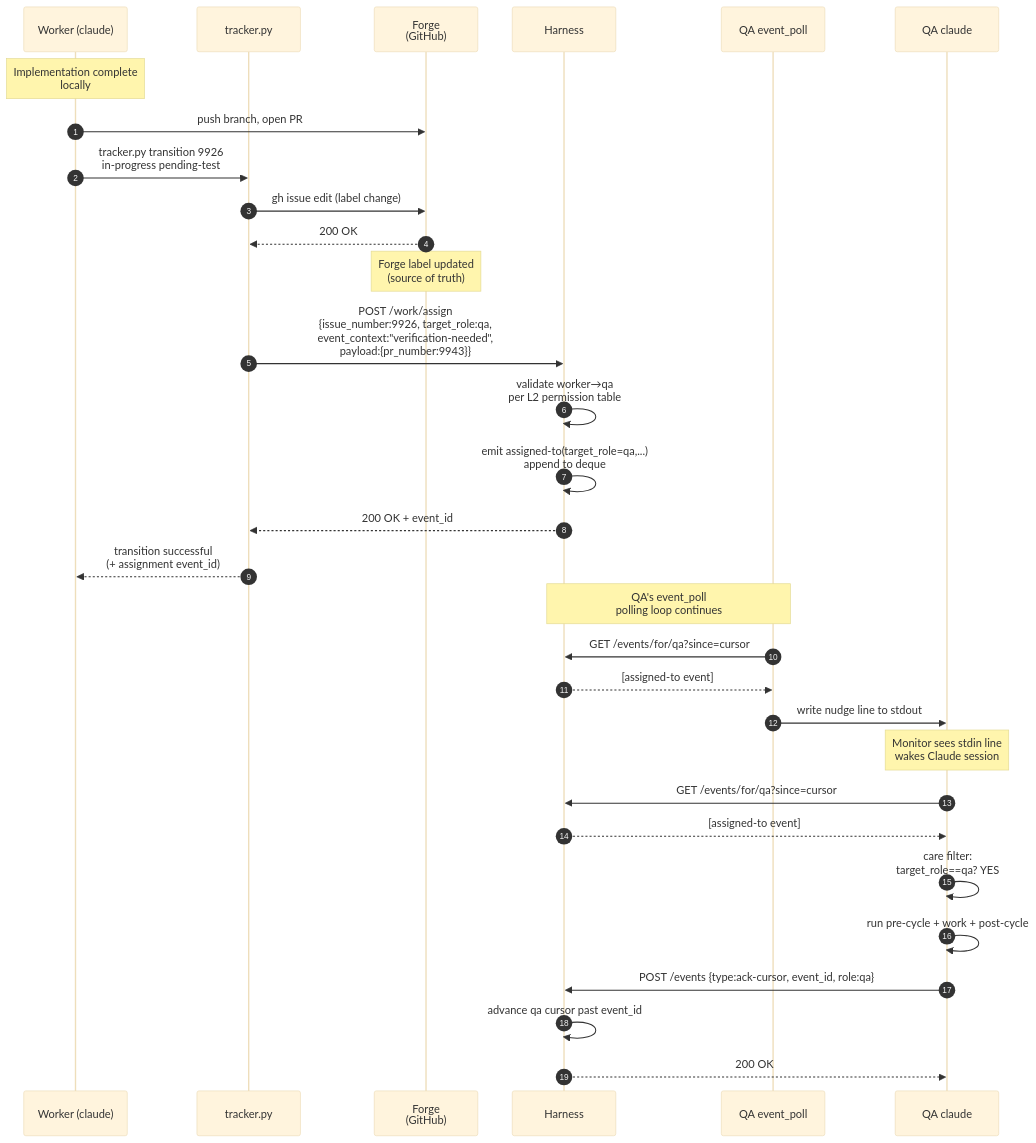
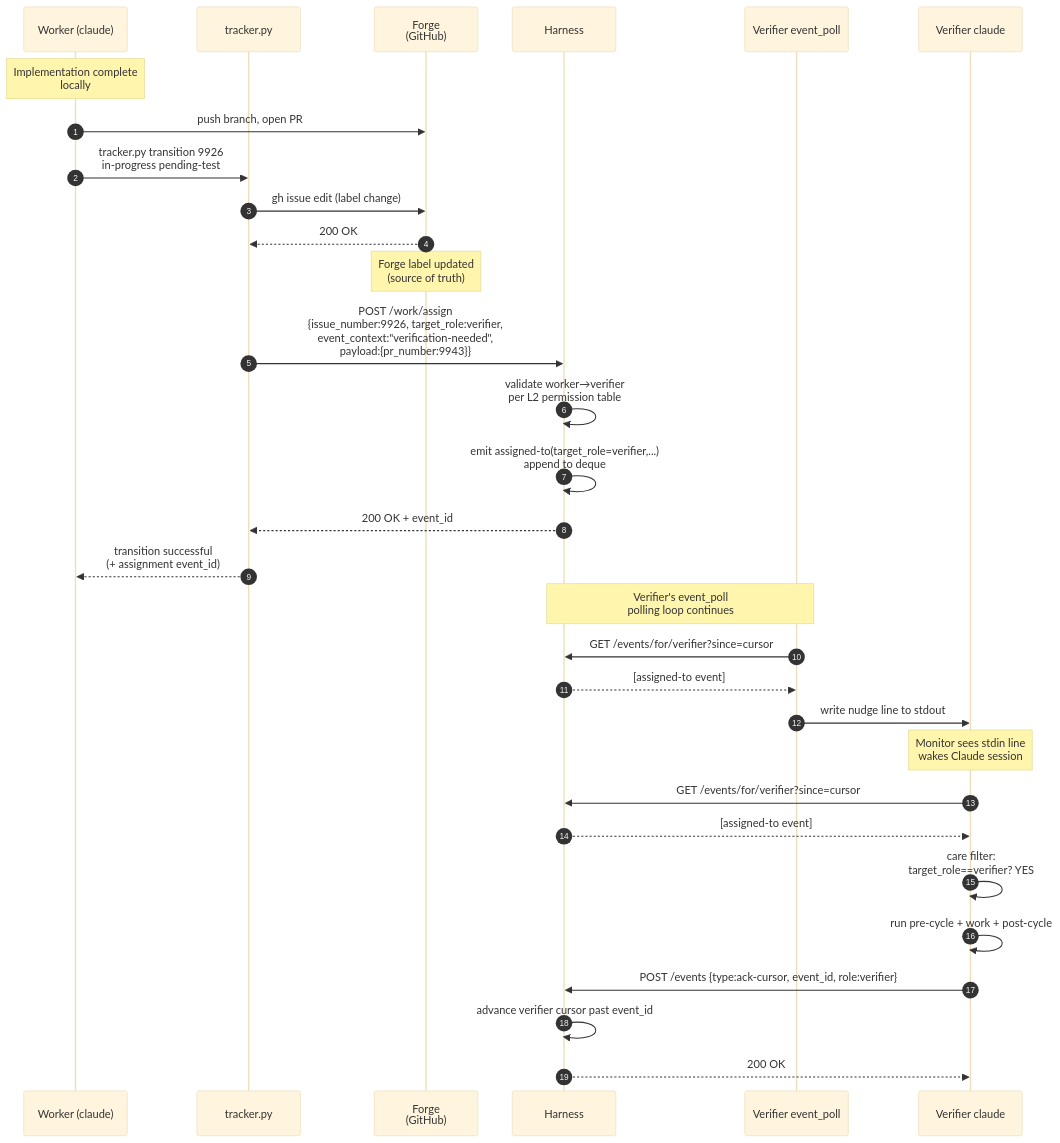
One commit to WallyDoodlez/SquidSquad changed diagram 13 of 16 in docs/AGENT-RUNTIME.md. Above: the diagram before and after it, drawn with Mermaid (base theme). The commit also changed other lines of this file, not shown here.

First line of the commit message:
pm: AGENT-RUNTIME — sweep qa → verifier post-#6274 (16 references)

````diff
--- a/docs/AGENT-RUNTIME.md
+++ b/docs/AGENT-RUNTIME.md
@@ -792,38 +792,38 @@
 ```mermaid
 sequenceDiagram
     autonumber
     participant W as Worker (claude)
     participant TR as tracker.py
     participant F as Forge<br/>(GitHub)
     participant H as Harness
-    participant VEP as QA event_poll
-    participant VC as QA claude
+    participant VEP as Verifier event_poll
+    participant VC as Verifier claude
 
     Note over W: Implementation complete<br/>locally
     W->>F: push branch, open PR #9943
 
     W->>TR: tracker.py transition 9926<br/>in-progress pending-test
     TR->>F: gh issue edit (label change)
     F-->>TR: 200 OK
     Note over F: Forge label updated<br/>(source of truth)
-    TR->>H: POST /work/assign<br/>{issue_number:9926, target_role:qa,<br/>event_context:"verification-needed",<br/>payload:{pr_number:9943}}
-    H->>H: validate worker→qa<br/>per L2 permission table
-    H->>H: emit assigned-to(target_role=qa,...)<br/>append to deque
+    TR->>H: POST /work/assign<br/>{issue_number:9926, target_role:verifier,<br/>event_context:"verification-needed",<br/>payload:{pr_number:9943}}
+    H->>H: validate worker→verifier<br/>per L2 permission table
+    H->>H: emit assigned-to(target_role=verifier,...)<br/>append to deque
     H-->>TR: 200 OK + event_id
     TR-->>W: transition successful<br/>(+ assignment event_id)
 
-    Note over H,VEP: QA's event_poll<br/>polling loop continues
+    Note over H,VEP: Verifier's event_poll<br/>polling loop continues
 
-    VEP->>H: GET /events/for/qa?since=cursor
+    VEP->>H: GET /events/for/verifier?since=cursor
     H-->>VEP: [assigned-to event]
     VEP->>VC: write nudge line to stdout
     Note over VC: Monitor sees stdin line<br/>wakes Claude session
 
-    VC->>H: GET /events/for/qa?since=cursor
+    VC->>H: GET /events/for/verifier?since=cursor
     H-->>VC: [assigned-to event]
-    VC->>VC: care filter:<br/>target_role==qa? YES
+    VC->>VC: care filter:<br/>target_role==verifier? YES
     VC->>VC: run pre-cycle + work + post-cycle
-    VC->>H: POST /events {type:ack-cursor, event_id, role:qa}
-    H->>H: advance qa cursor past event_id
+    VC->>H: POST /events {type:ack-cursor, event_id, role:verifier}
+    H->>H: advance verifier cursor past event_id
     H-->>VC: 200 OK
 ```
````
